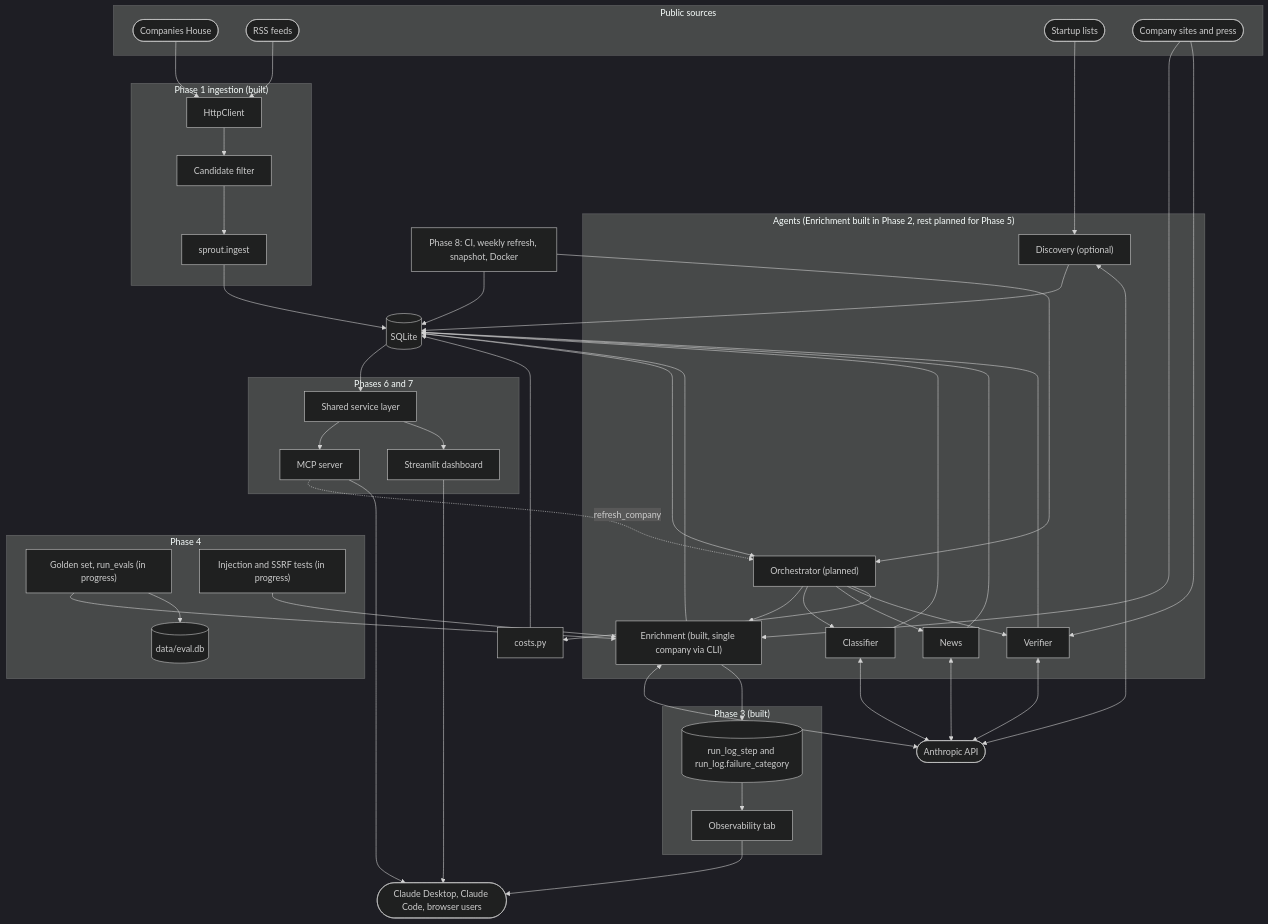
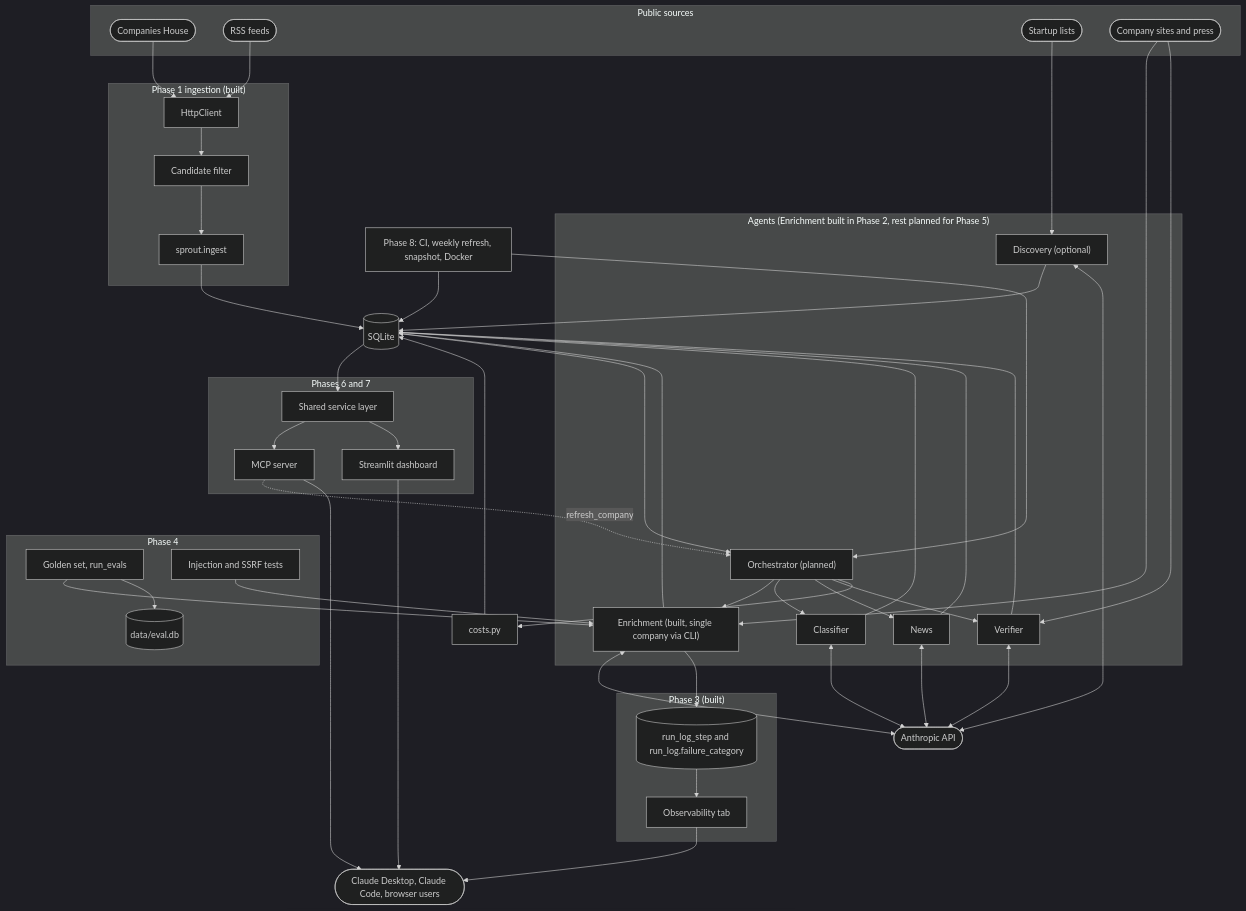
Before and after one commit to Farzaanee/sprout: the second of 2 diagrams in docs/architecture/1. overview.md, drawn with Mermaid (dark theme). The commit also changed other lines of this file and 9 other files, not shown here.

````diff
--- a/docs/architecture/1. overview.md
+++ b/docs/architecture/1. overview.md
@@ -88,80 +88,80 @@
 ```mermaid
 flowchart TB
     subgraph SOURCES["Public sources"]
         CH(["Companies House"])
         RSSF(["RSS feeds"])
         LISTS(["Startup lists"])
         SITES(["Company sites and press"])
     end
     subgraph ING["Phase 1 ingestion (built)"]
         HTTPL["HttpClient"]
         CAND["Candidate filter"]
         INGEST["sprout.ingest"]
     end
     SQL[("SQLite")]
     subgraph PIPE["Agents (Enrichment built in Phase 2, rest planned for Phase 5)"]
         ORCH["Orchestrator (planned)"]
         ENR["Enrichment (built, single company via CLI)"]
         CLS["Classifier"]
         NEWS["News"]
         VER["Verifier"]
         DISC["Discovery (optional)"]
     end
     LLM(["Anthropic API"])
     COST["costs.py"]
     subgraph SERVE["Phases 6 and 7"]
         SVC["Shared service layer"]
         MCP["MCP server"]
         DASH["Streamlit dashboard"]
     end
     subgraph QA["Phase 4"]
-        EVALS["Golden set, run_evals (in progress)"]
+        EVALS["Golden set, run_evals"]
         EDB[("data/eval.db")]
-        GUARDS["Injection and SSRF tests (in progress)"]
+        GUARDS["Injection and SSRF tests"]
     end
     subgraph OBSG["Phase 3 (built)"]
         STEPS[("run_log_step and run_log.failure_category")]
         OBSUI["Observability tab"]
     end
     CLIENTS(["Claude Desktop, Claude Code, browser users"])
     AUTO["Phase 8: CI, weekly refresh, snapshot, Docker"]
     CH --> HTTPL
     RSSF --> HTTPL
     HTTPL --> CAND
     CAND --> INGEST
     INGEST --> SQL
     SQL --> ORCH
     ORCH --> ENR
     ORCH --> CLS
     ORCH --> NEWS
     ORCH --> VER
     DISC --> SQL
     LISTS --> DISC
     SITES --> ENR
     SITES --> VER
     ENR <--> LLM
     CLS <--> LLM
     NEWS <--> LLM
     VER <--> LLM
     DISC <--> LLM
     ENR --> SQL
     CLS --> SQL
     NEWS --> SQL
     VER --> SQL
     ORCH --> COST
     COST --> SQL
     SQL --> SVC
     SVC --> MCP
     SVC --> DASH
     MCP -. "refresh_company" .-> ORCH
     MCP --> CLIENTS
     DASH --> CLIENTS
     ENR --> STEPS
     STEPS --> OBSUI
     OBSUI --> CLIENTS
     EVALS --> ENR
     EVALS --> EDB
     GUARDS --> ENR
     AUTO --> ORCH
     AUTO --> SQL
 ```
````
